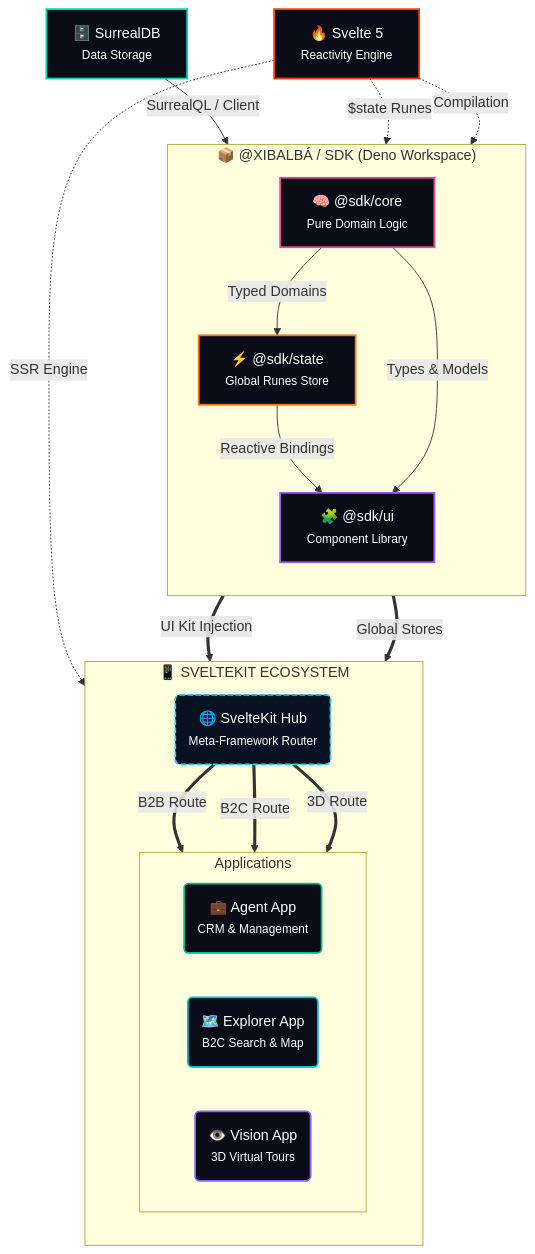
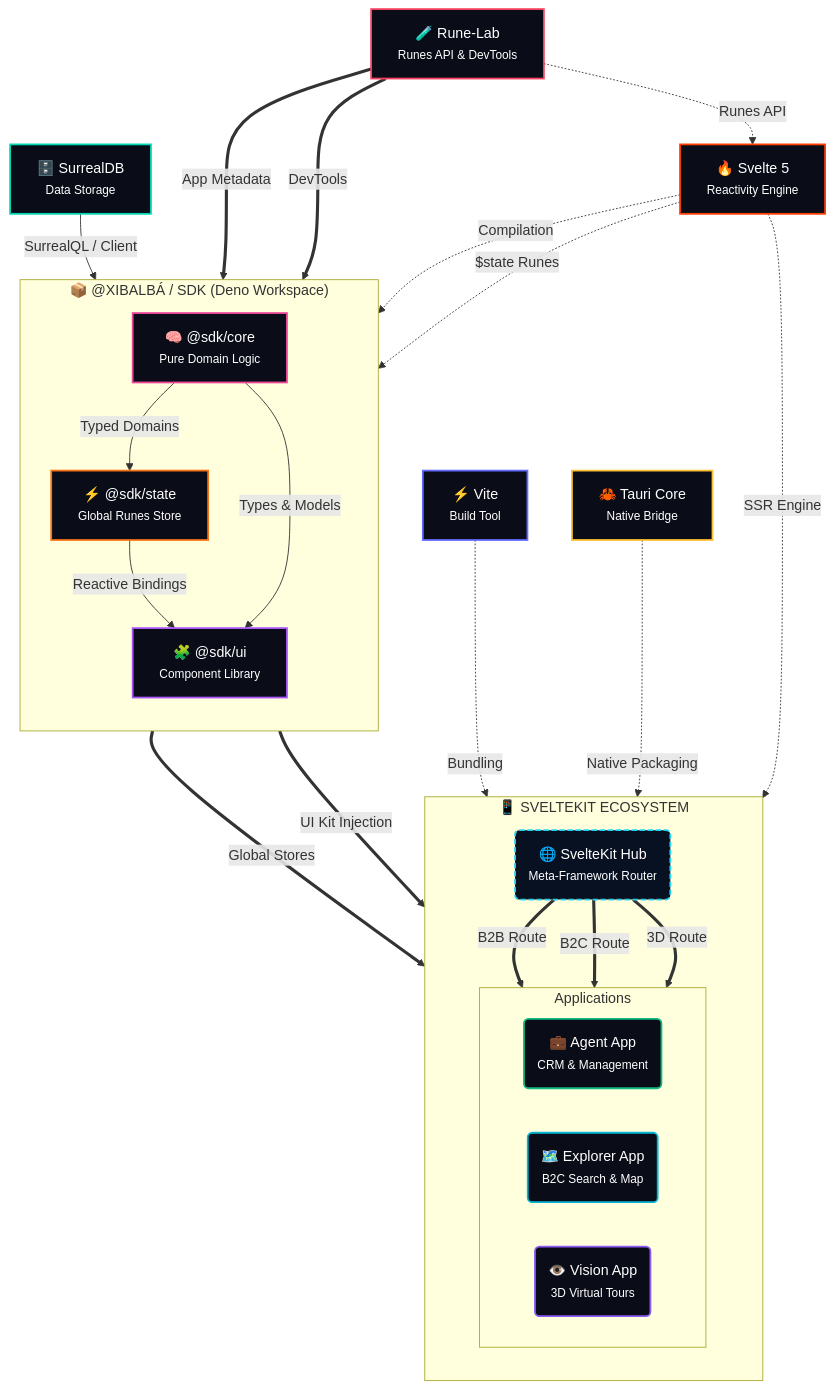
The diagram in docs/technical/architecture.md (Yrrrrrf/xibalba), drawn with Mermaid before and after one commit. The commit also changed 1 other file, not shown here.

Commit message:
docs: clarify agent architecture and update technical diagrams
Updated the README to detail the Agent's tech stack, specifically highlighting the integration of Vite and Tauri for native cross-platform deployment. Additionally, updated the architecture Mermaid diagram to include new components for Vite, Tauri, and Rune-Lab, providing a clearer view of the build and orchestration flow.

````diff
--- a/docs/technical/architecture.md
+++ b/docs/technical/architecture.md
@@ -3,58 +3,69 @@
 ```mermaid
 graph TD
     %% Global Styling
     classDef database fill:#0A0D18,stroke:#00D6B2,stroke-width:2px,color:#fff
     classDef sdkCore fill:#0A0D18,stroke:#EC4899,stroke-width:2px,color:#fff
     classDef sdkState fill:#0A0D18,stroke:#F97316,stroke-width:2px,color:#fff
     classDef sdkUi fill:#0A0D18,stroke:#A855F7,stroke-width:2px,color:#fff
     classDef svelte fill:#0A0D18,stroke:#FF3E00,stroke-width:2px,color:#fff
     classDef hub fill:#081122,stroke:#22D3EE,stroke-width:2px,color:#fff,stroke-dasharray: 6 3
     classDef appAgent fill:#0A0D18,stroke:#10B981,stroke-width:2px,color:#fff
     classDef appExp fill:#0A0D18,stroke:#06B6D4,stroke-width:2px,color:#fff
     classDef appVis fill:#0A0D18,stroke:#8B5CF6,stroke-width:2px,color:#fff
+    classDef tauri fill:#0A0D18,stroke:#FFC131,stroke-width:2px,color:#fff
+    classDef vite fill:#0A0D18,stroke:#646CFF,stroke-width:2px,color:#fff
+    classDef runeLab fill:#0A0D18,stroke:#F43F5E,stroke-width:2px,color:#fff
 
     %% Top Layer
     DB["🗄️ SurrealDB<br/><small>Data Storage</small>"]:::database
     Svelte["🔥 Svelte 5<br/><small>Reactivity Engine</small>"]:::svelte
+    Vite["⚡ Vite<br/><small>Build Tool</small>"]:::vite
+    Tauri["🦀 Tauri Core<br/><small>Native Bridge</small>"]:::tauri
+    RuneLab["🧪 Rune-Lab<br/><small>Runes API & DevTools</small>"]:::runeLab
     
     %% The SDK Cluster
     subgraph SDK ["📦 @XIBALBÁ / SDK (Deno Workspace)"]
         direction TB
         Core["🧠 @sdk/core<br/><small>Pure Domain Logic</small>"]:::sdkCore
         State["⚡ @sdk/state<br/><small>Global Runes Store</small>"]:::sdkState
         UI["🧩 @sdk/ui<br/><small>Component Library</small>"]:::sdkUi
     end
 
     %% The Application Ecosystem
     subgraph ECOSYSTEM ["📱 SVELTEKIT ECOSYSTEM"]
         direction TB
         Hub("🌐 SvelteKit Hub<br/><small>Meta-Framework Router</small>"):::hub
         
         subgraph APPS ["Applications"]
             direction LR
             Agent("💼 Agent App<br/><small>CRM & Management</small>"):::appAgent
             Explorer("🗺️ Explorer App<br/><small>B2C Search & Map</small>"):::appExp
             Vision("👁️ Vision App<br/><small>3D Virtual Tours</small>"):::appVis
         end
     end
 
     %% SDK Internal Flow
     DB -->|SurrealQL / Client| Core
     Core -->|Typed Domains| State
     State -->|Reactive Bindings| UI
     Core -->|Types & Models| UI
 
     %% Engine Injections
     Svelte -.->|$state Runes| State
     Svelte -.->|Compilation| UI
+    RuneLab -.->|Runes API| Svelte
+    RuneLab ==>|DevTools| UI
+    RuneLab ==>|App Metadata| State
 
     %% Funneling into SvelteKit
     UI ==>|UI Kit Injection| Hub
     State ==>|Global Stores| Hub
     Svelte -.->|SSR Engine| Hub
+    Vite -.->|Bundling| Hub
+    Tauri -.->|Native Packaging| Hub
 
     %% Branching to Apps
     Hub ==>|B2B Route| Agent
     Hub ==>|B2C Route| Explorer
     Hub ==>|3D Route| Vision
 ```
````
